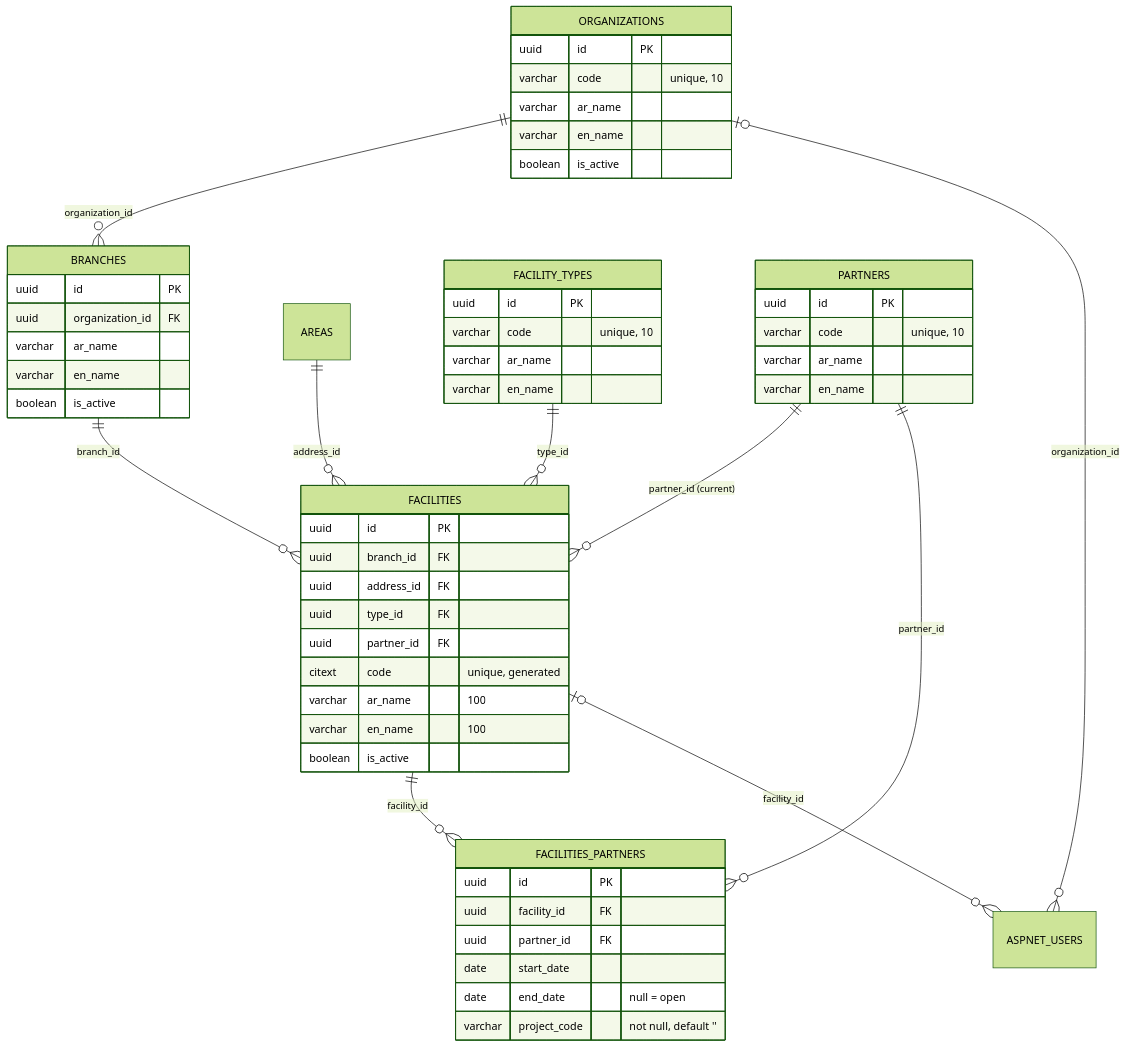
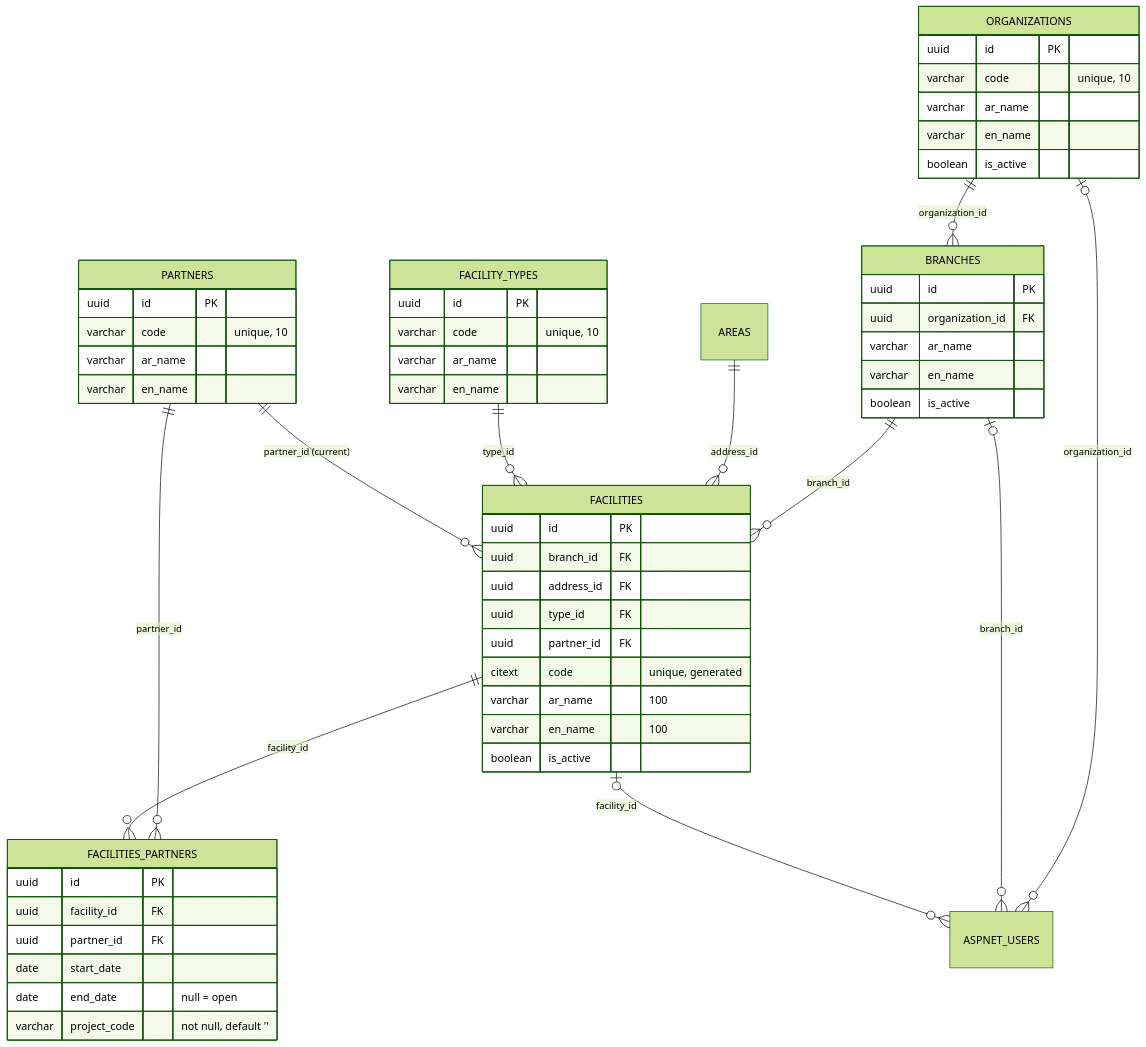
One commit to AHMADARBASH/SBRS changed the second of 4 diagrams in docs/02-design/erd.md. Above: the diagram before and after it, drawn with Mermaid (forest theme). The commit also changed other lines of this file and 50 other files, not shown here.

````diff
--- a/docs/02-design/erd.md
+++ b/docs/02-design/erd.md
@@ -51,58 +51,59 @@
 ```mermaid
 erDiagram
     ORGANIZATIONS ||--o{ BRANCHES : "organization_id"
     BRANCHES ||--o{ FACILITIES : "branch_id"
     AREAS ||--o{ FACILITIES : "address_id"
     FACILITY_TYPES ||--o{ FACILITIES : "type_id"
     PARTNERS ||--o{ FACILITIES : "partner_id (current)"
     PARTNERS ||--o{ FACILITIES_PARTNERS : "partner_id"
     FACILITIES ||--o{ FACILITIES_PARTNERS : "facility_id"
     ORGANIZATIONS |o--o{ ASPNET_USERS : "organization_id"
+    BRANCHES |o--o{ ASPNET_USERS : "branch_id"
     FACILITIES |o--o{ ASPNET_USERS : "facility_id"
 
     ORGANIZATIONS {
         uuid id PK
         varchar code "unique, 10"
         varchar ar_name
         varchar en_name
         boolean is_active
     }
     BRANCHES {
         uuid id PK
         uuid organization_id FK
         varchar ar_name
         varchar en_name
         boolean is_active
     }
     FACILITIES {
         uuid id PK
         uuid branch_id FK
         uuid address_id FK
         uuid type_id FK
         uuid partner_id FK
         citext code "unique, generated"
         varchar ar_name "100"
         varchar en_name "100"
         boolean is_active
     }
     FACILITY_TYPES {
         uuid id PK
         varchar code "unique, 10"
         varchar ar_name
         varchar en_name
     }
     PARTNERS {
         uuid id PK
         varchar code "unique, 10"
         varchar ar_name
         varchar en_name
     }
     FACILITIES_PARTNERS {
         uuid id PK
         uuid facility_id FK
         uuid partner_id FK
         date start_date
         date end_date "null = open"
         varchar project_code "not null, default ''"
     }
 ```
````
